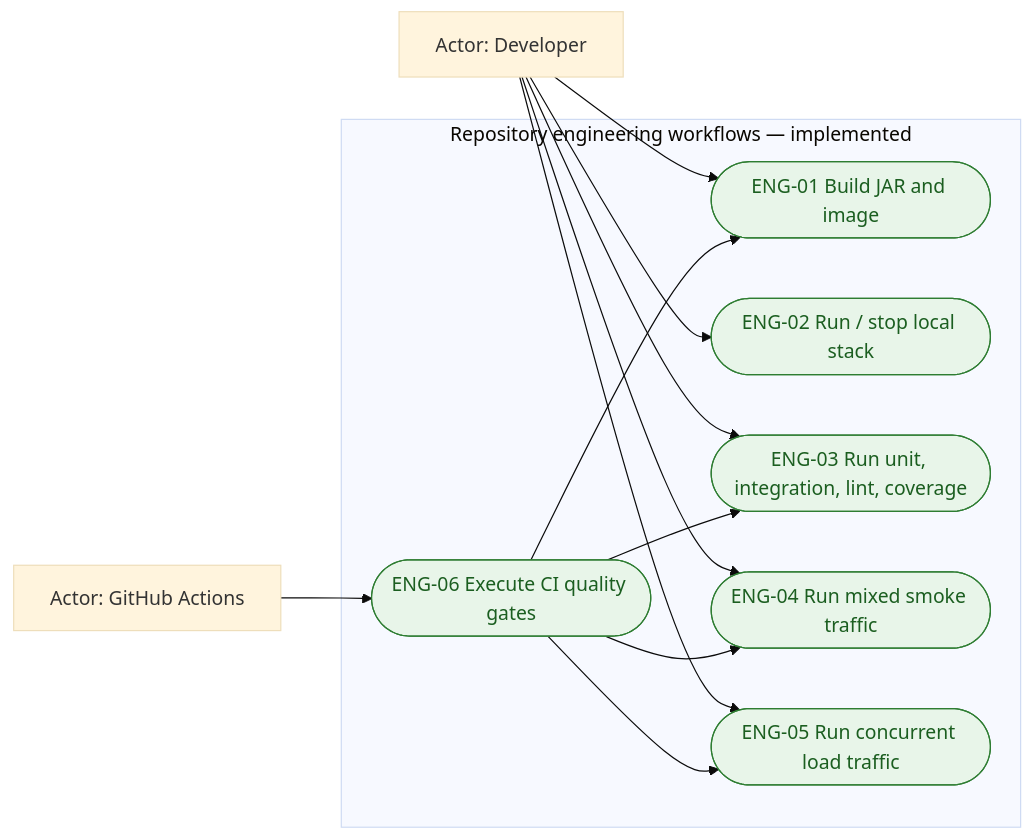
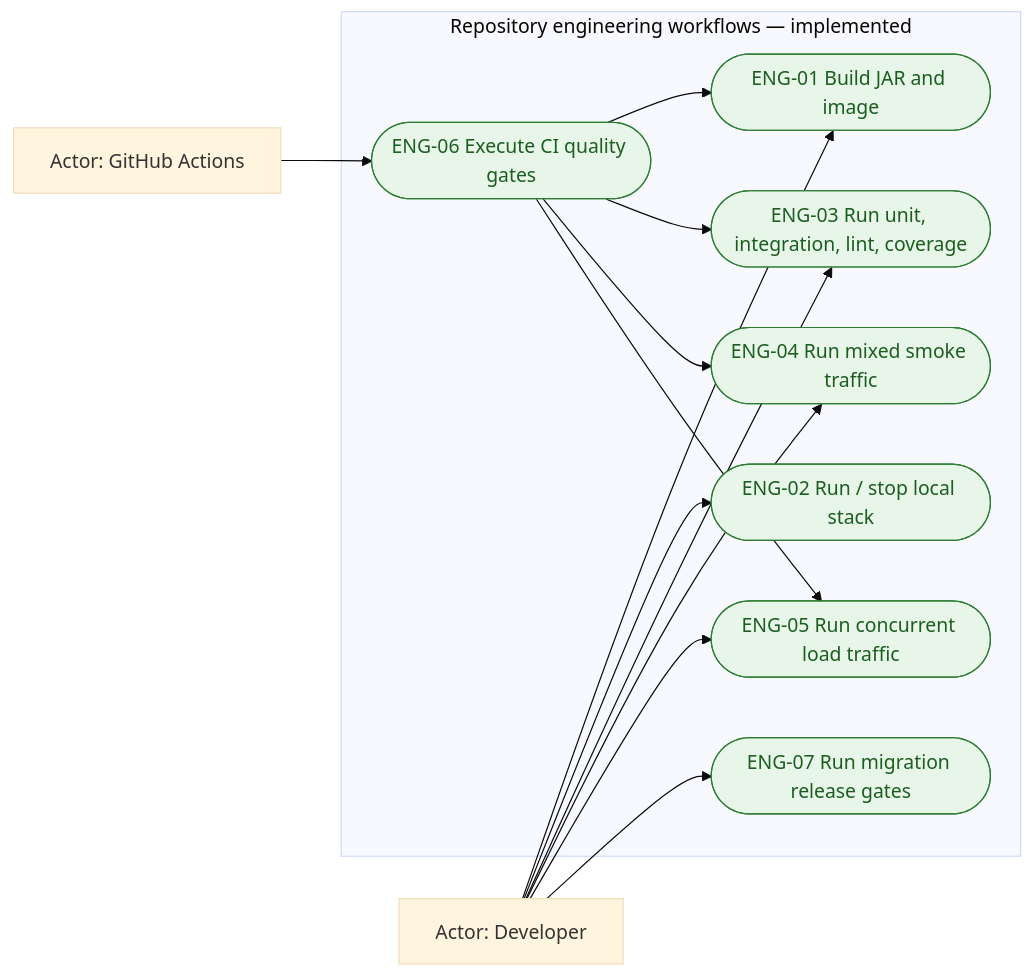
One commit to tarunngusain08/transaction-outbox-service changed the second of 3 diagrams in docs/use-cases.md. Above: the diagram before and after it, drawn with Mermaid (base theme). The commit also changed other lines of this file and 7 other files, not shown here.

````diff
--- a/docs/use-cases.md
+++ b/docs/use-cases.md
@@ -77,28 +79,30 @@
 ```mermaid
 flowchart LR
     developer["Actor: Developer"]
     ci["Actor: GitHub Actions"]
 
     subgraph engineering["Repository engineering workflows — implemented"]
         eng01(["ENG-01 Build JAR and image"])
         eng02(["ENG-02 Run / stop local stack"])
         eng03(["ENG-03 Run unit, integration, lint, coverage"])
         eng04(["ENG-04 Run mixed smoke traffic"])
         eng05(["ENG-05 Run concurrent load traffic"])
         eng06(["ENG-06 Execute CI quality gates"])
+        eng07(["ENG-07 Run migration release gates"])
     end
 
     developer --> eng01
     developer --> eng02
     developer --> eng03
     developer --> eng04
     developer --> eng05
+    developer --> eng07
     ci --> eng06
     eng06 --> eng01
     eng06 --> eng03
     eng06 --> eng04
     eng06 --> eng05
 
     classDef implemented fill:#e8f5e9,stroke:#2e7d32,color:#1b5e20;
-    class eng01,eng02,eng03,eng04,eng05,eng06 implemented;
+    class eng01,eng02,eng03,eng04,eng05,eng06,eng07 implemented;
 ```
````
